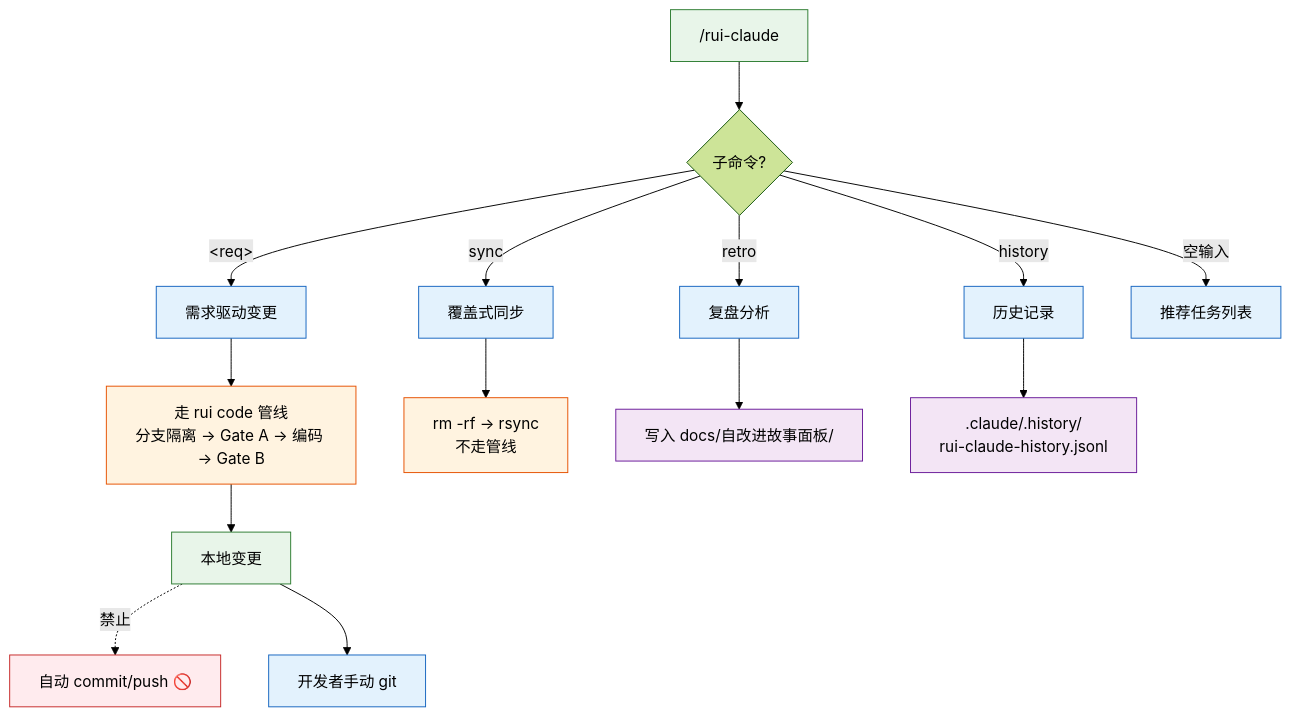
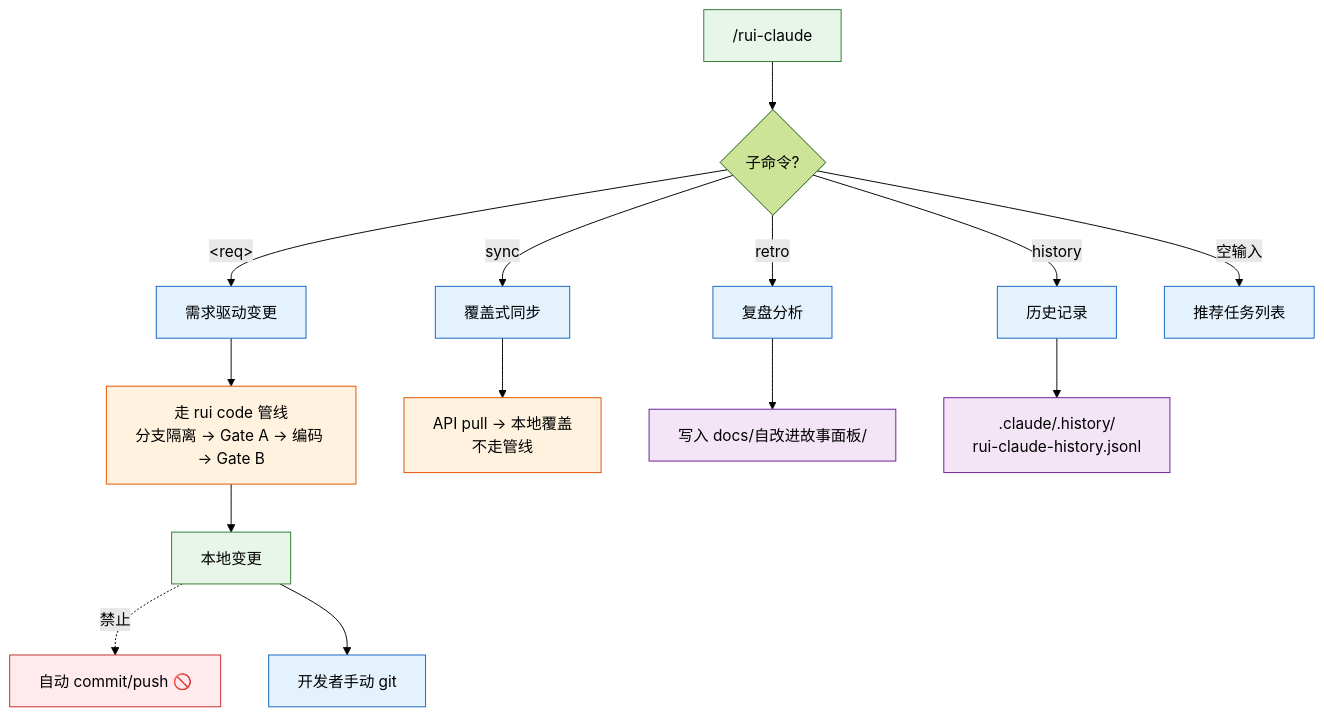
The first of 8 diagrams in rules/rui-claude.md (effiy/YrY), drawn with Mermaid (forest theme) before and after one commit. The commit also changed other lines of this file and 25 other files, not shown here.

````diff
--- a/rules/rui-claude.md
+++ b/rules/rui-claude.md
@@ -12,27 +12,27 @@
 ```mermaid
 flowchart TB
     ENTRY["/rui-claude"]:::src --> Q1{"子命令?"}
 
     Q1 -->|"&lt;req&gt;"| REQ["需求驱动变更"]:::cmd
     Q1 -->|"sync"| SYNC["覆盖式同步"]:::cmd
     Q1 -->|"retro"| RETRO["复盘分析"]:::cmd
     Q1 -->|"history"| HIST["历史记录"]:::cmd
     Q1 -->|"空输入"| LIST["推荐任务列表"]:::cmd
 
     REQ --> PIPE["走 rui code 管线<br/>分支隔离 → Gate A → 编码 → Gate B"]:::pipe
-    SYNC --> OVER["rm -rf → rsync<br/>不走管线"]:::pipe
+    SYNC --> OVER["API pull → 本地覆盖<br/>不走管线"]:::pipe
     RETRO --> REPORT["写入 docs/自改进故事面板/"]:::out
     HIST --> LOG[".claude/.history/<br/>rui-claude-history.jsonl"]:::out
 
     PIPE --> LOCAL["本地变更"]:::local
     LOCAL -.->|"禁止"| AUTO["自动 commit/push 🚫"]:::block
     LOCAL --> MANUAL["开发者手动 git"]:::manual
 
     classDef src fill:#e8f5e9,stroke:#2e7d32;
     classDef cmd fill:#e3f2fd,stroke:#1565c0;
     classDef pipe fill:#fff3e0,stroke:#e65100;
     classDef out fill:#f3e5f5,stroke:#6a1b9a;
     classDef local fill:#e8f5e9,stroke:#2e7d32;
     classDef block fill:#ffebee,stroke:#c62828;
     classDef manual fill:#e3f2fd,stroke:#1565c0;
 ```
````
